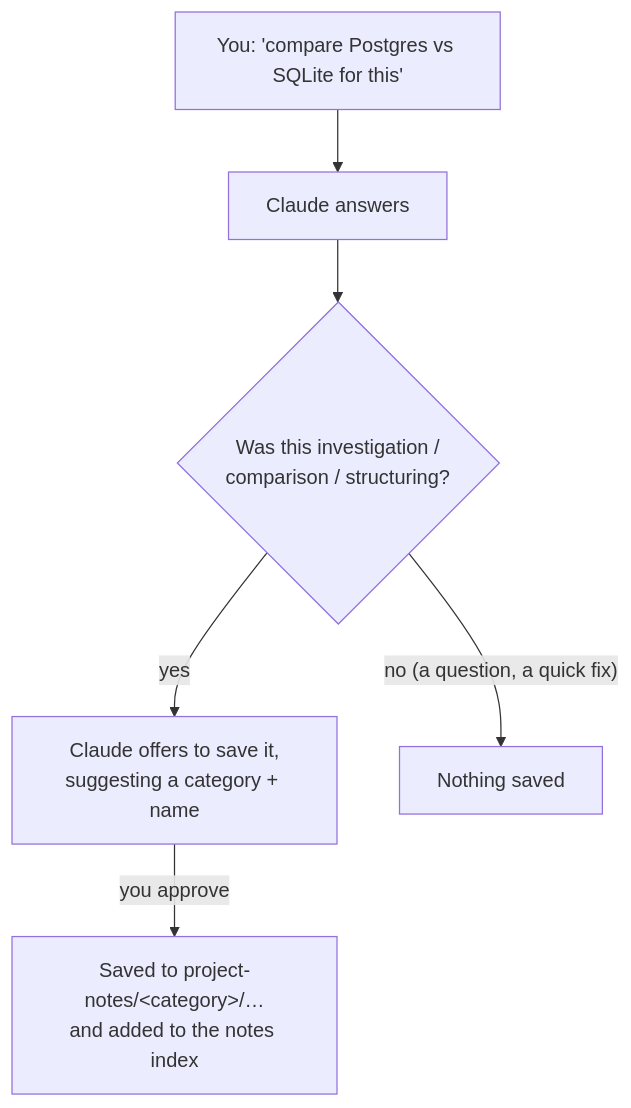
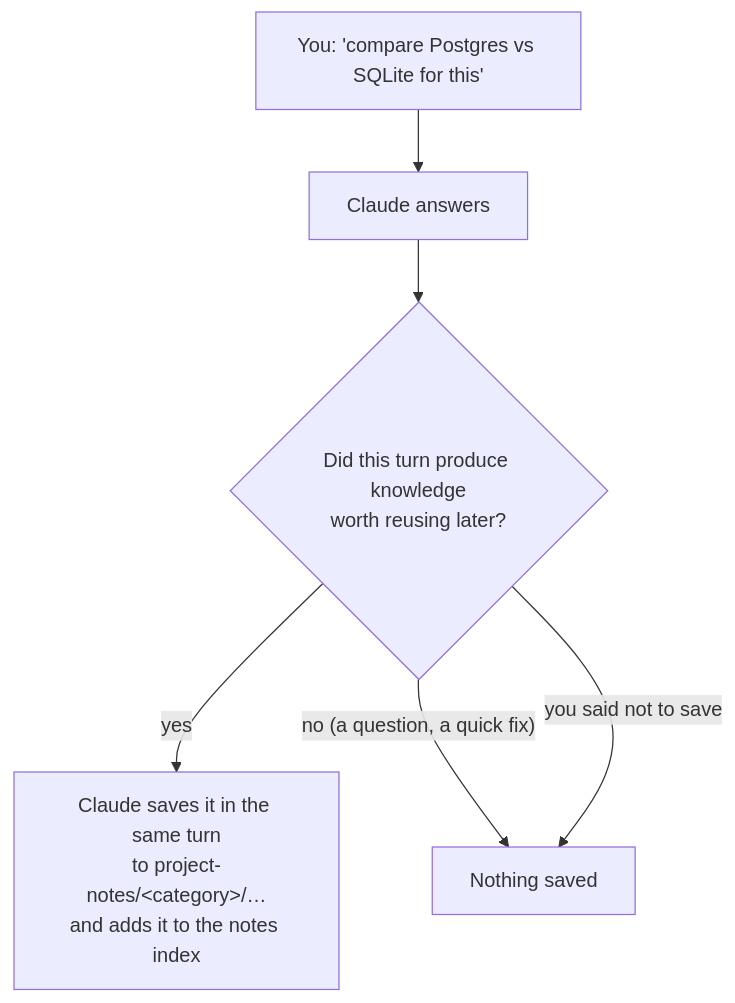
One commit to gigamori/ai-agent-toolkit changed the fifth of 7 diagrams in plugins/taskflow/USER_GUIDE.md. Above: the diagram before and after it, drawn with Mermaid. The commit also changed other lines of this file and 25 other files, not shown here.

````diff
--- a/plugins/taskflow/USER_GUIDE.md
+++ b/plugins/taskflow/USER_GUIDE.md
@@ -246,8 +246,8 @@
 ```mermaid
 flowchart TD
     Q["You: 'compare Postgres vs SQLite for this'"] --> R["Claude answers"]
-    R --> S{"Was this investigation /<br/>comparison / structuring?"}
-    S -- yes --> T["Claude offers to save it,<br/>suggesting a category + name"]
-    T -- you approve --> U["Saved to project-notes/&lt;category&gt;/…<br/>and added to the notes index"]
+    R --> S{"Did this turn produce knowledge<br/>worth reusing later?"}
+    S -- yes --> T["Claude saves it in the same turn<br/>to project-notes/&lt;category&gt;/…<br/>and adds it to the notes index"]
     S -- "no (a question, a quick fix)" --> V["Nothing saved"]
+    S -- "you said not to save" --> V
 ```
````
